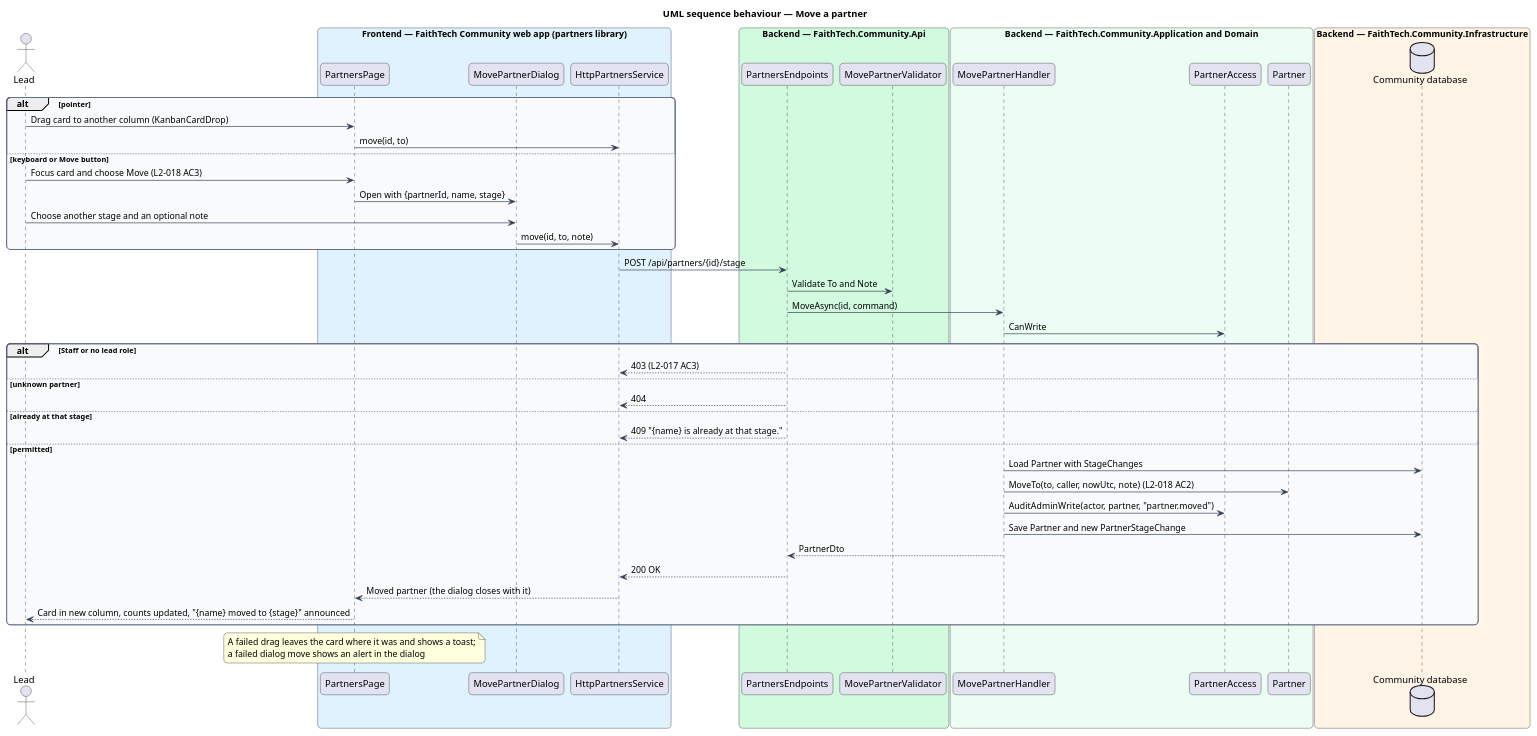
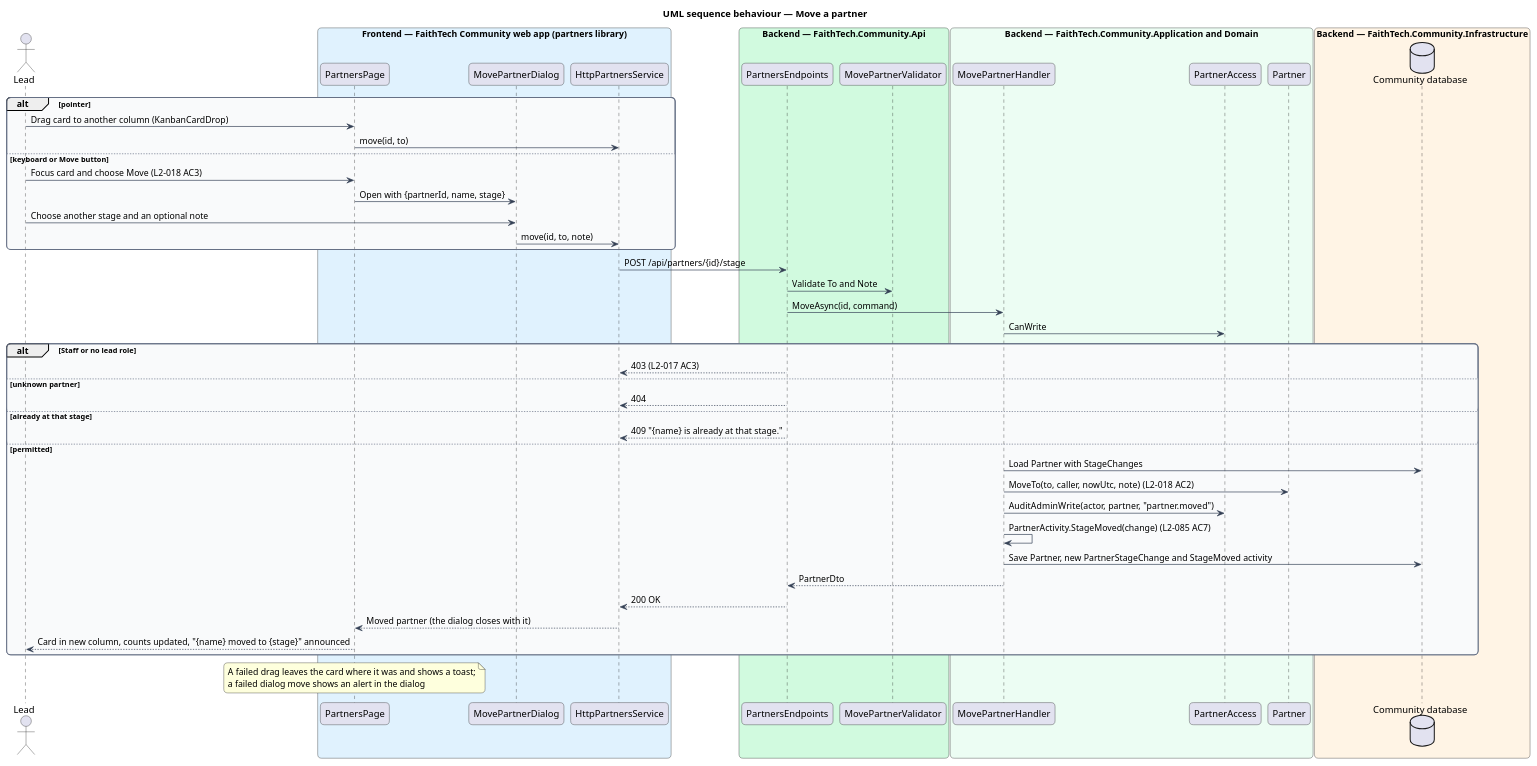
One commit to QuinntyneBrown/faithtech-community changed the diagram in docs/detailed-designs/partners/partner-kanban-board/diagrams/sequence-move-partner.puml. Above: the diagram before and after it, drawn with PlantUML. The commit also changed 97 other files, not shown here.

First line of the commit message:
Design the partner timeline, duplicates and merge, contact duplicate, check-in and Reports

```diff
--- a/docs/detailed-designs/partners/partner-kanban-board/diagrams/sequence-move-partner.puml
+++ b/docs/detailed-designs/partners/partner-kanban-board/diagrams/sequence-move-partner.puml
@@ -1,65 +1,66 @@
 @startuml
 title UML sequence behaviour — Move a partner
 skinparam backgroundColor #FFFFFF
 skinparam shadowing false
 skinparam roundcorner 12
 skinparam defaultFontName Arial
 skinparam ArrowColor #344054
 skinparam rectangle {
   BorderColor #344054
   FontColor #101828
 }
 skinparam package {
   BorderColor #667085
   FontColor #101828
   BackgroundColor #F9FAFB
 }
 actor "Lead" as actor
 box "Frontend — FaithTech Community web app (partners library)" #E0F2FE
   participant "PartnersPage" as page
   participant "MovePartnerDialog" as dlg
   participant "HttpPartnersService" as svc
 end box
 box "Backend — FaithTech.Community.Api" #D1FADF
   participant "PartnersEndpoints" as ep
   participant "MovePartnerValidator" as v
 end box
 box "Backend — FaithTech.Community.Application and Domain" #ECFDF3
   participant "MovePartnerHandler" as h
   participant "PartnerAccess" as acc
   participant "Partner" as ent
 end box
 box "Backend — FaithTech.Community.Infrastructure" #FFF4E5
   database "Community database" as db
 end box
 alt pointer
   actor -> page : Drag card to another column (KanbanCardDrop)
   page -> svc : move(id, to)
 else keyboard or Move button
   actor -> page : Focus card and choose Move (L2-018 AC3)
   page -> dlg : Open with {partnerId, name, stage}
   actor -> dlg : Choose another stage and an optional note
   dlg -> svc : move(id, to, note)
 end
 svc -> ep : POST /api/partners/{id}/stage
 ep -> v : Validate To and Note
 ep -> h : MoveAsync(id, command)
 h -> acc : CanWrite
 alt Staff or no lead role
   ep --> svc : 403 (L2-017 AC3)
 else unknown partner
   ep --> svc : 404
 else already at that stage
   ep --> svc : 409 "{name} is already at that stage."
 else permitted
   h -> db : Load Partner with StageChanges
   h -> ent : MoveTo(to, caller, nowUtc, note) (L2-018 AC2)
   h -> acc : AuditAdminWrite(actor, partner, "partner.moved")
-  h -> db : Save Partner and new PartnerStageChange
+  h -> h : PartnerActivity.StageMoved(change) (L2-085 AC7)
+  h -> db : Save Partner, new PartnerStageChange and StageMoved activity
   h --> ep : PartnerDto
   ep --> svc : 200 OK
   svc --> page : Moved partner (the dialog closes with it)
   page --> actor : Card in new column, counts updated, "{name} moved to {stage}" announced
 end
 note over page : A failed drag leaves the card where it was and shows a toast;\na failed dialog move shows an alert in the dialog
 @enduml
```
